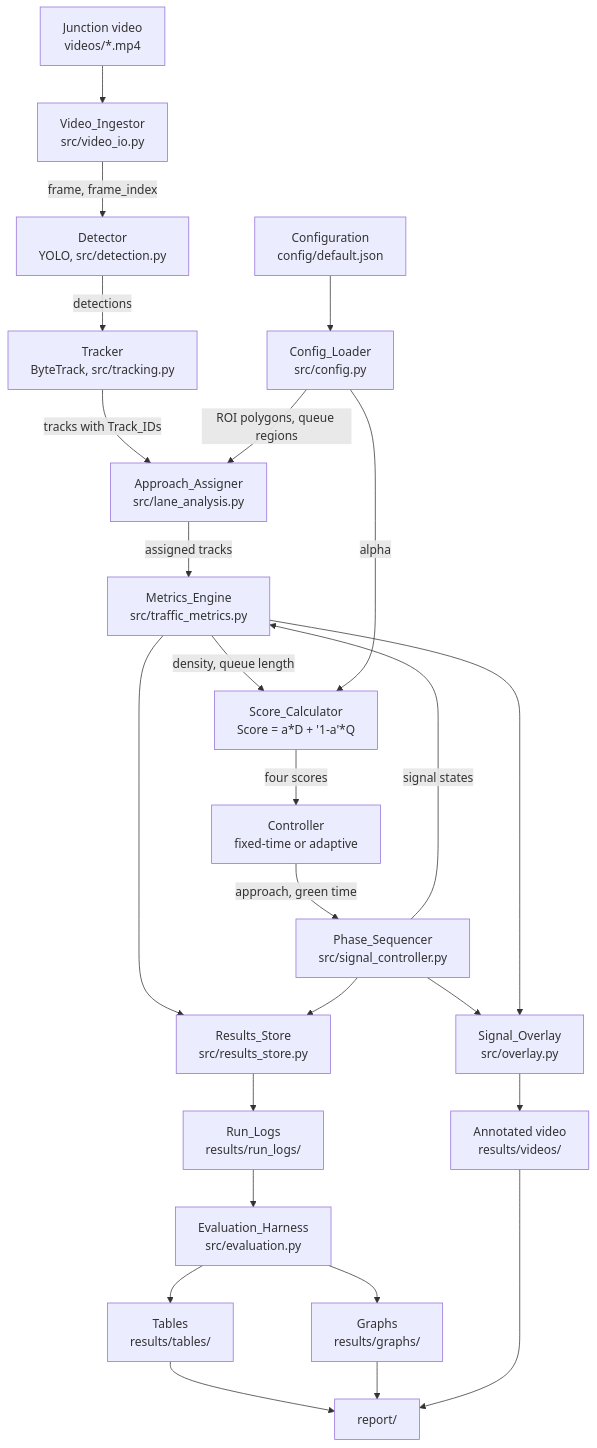
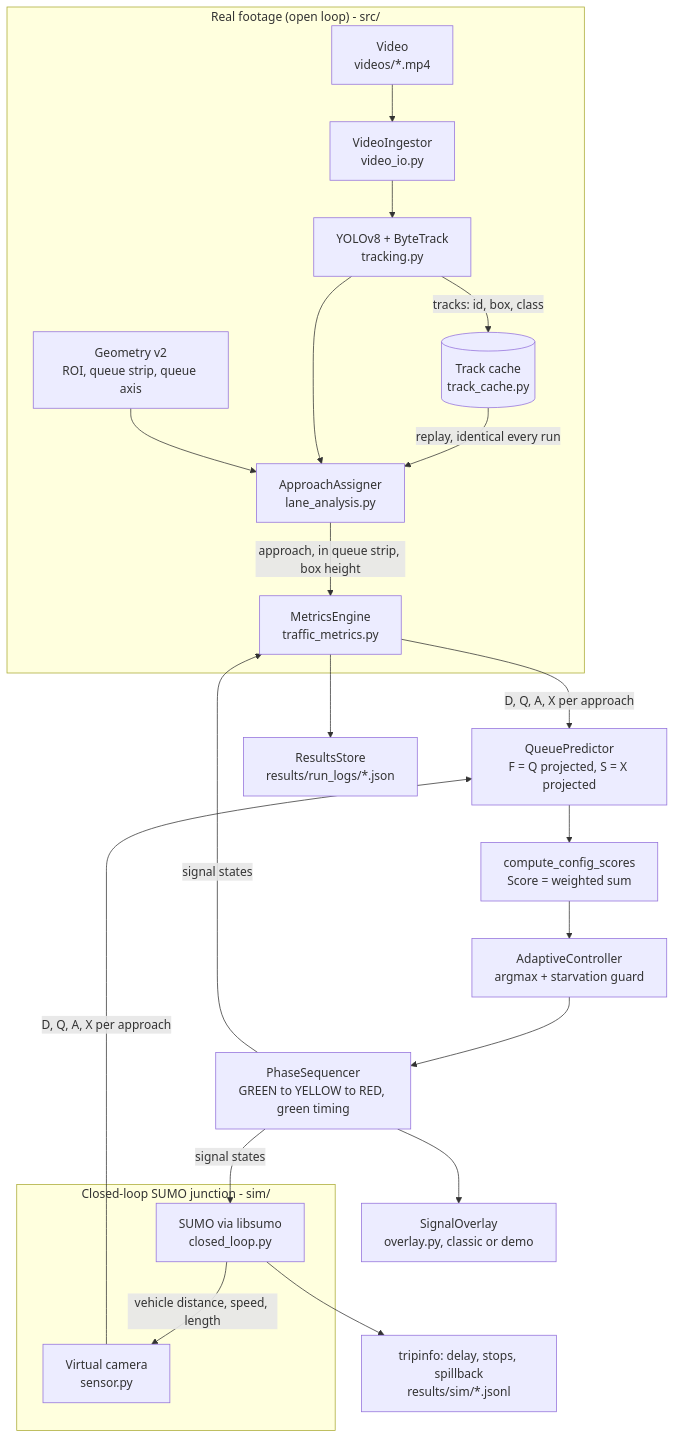
The diagram in docs/architecture.md (hemangbhat/CV_Project), drawn with Mermaid before and after one commit. The commit also changed other lines of this file and 19 other files, not shown here.

First line of the commit message:
Final closed-loop results, figures, decision analysis and documentation

````diff
--- a/docs/architecture.md
+++ b/docs/architecture.md
@@ -5,27 +9,27 @@
 ```mermaid
 flowchart TD
-    A[Junction video<br/>videos/*.mp4] --> B[Video_Ingestor<br/>src/video_io.py]
-    C[Configuration<br/>config/default.json] --> D[Config_Loader<br/>src/config.py]
-    B -->|frame, frame_index| E[Detector<br/>YOLO, src/detection.py]
-    E -->|detections| F[Tracker<br/>ByteTrack, src/tracking.py]
-    F -->|tracks with Track_IDs| G[Approach_Assigner<br/>src/lane_analysis.py]
-    D -->|ROI polygons, queue regions| G
-    G -->|assigned tracks| H[Metrics_Engine<br/>src/traffic_metrics.py]
-    H -->|density, queue length| I[Score_Calculator<br/>Score = a*D + '1-a'*Q]
-    D -->|alpha| I
-    I -->|four scores| J[Controller<br/>fixed-time or adaptive]
-    J -->|approach, green time| K[Phase_Sequencer<br/>src/signal_controller.py]
-    K -->|signal states| H
-    K --> L[Signal_Overlay<br/>src/overlay.py]
-    H --> L
-    L --> M[Annotated video<br/>results/videos/]
-    H --> N[Results_Store<br/>src/results_store.py]
-    K --> N
-    N --> O[Run_Logs<br/>results/run_logs/]
-    O --> P[Evaluation_Harness<br/>src/evaluation.py]
-    P --> Q[Tables<br/>results/tables/]
-    P --> R[Graphs<br/>results/graphs/]
-    Q --> S[report/]
-    R --> S
-    M --> S
+    subgraph VISION["Real footage (open loop) - src/"]
+        V[Video<br/>videos/*.mp4] --> I[VideoIngestor<br/>video_io.py]
+        I --> T[YOLOv8 + ByteTrack<br/>tracking.py]
+        T -->|tracks: id, box, class| C[(Track cache<br/>track_cache.py)]
+        C -->|replay, identical every run| AS[ApproachAssigner<br/>lane_analysis.py]
+        T --> AS
+        G[Geometry v2<br/>ROI, queue strip, queue axis] --> AS
+        AS -->|approach, in queue strip, box height| ME[MetricsEngine<br/>traffic_metrics.py]
+    end
+
+    subgraph SIM["Closed-loop SUMO junction - sim/"]
+        SU[SUMO via libsumo<br/>closed_loop.py] -->|vehicle distance, speed, length| VC[Virtual camera<br/>sensor.py]
+    end
+
+    ME -->|D, Q, A, X per approach| QP[QueuePredictor<br/>F = Q projected, S = X projected]
+    VC -->|D, Q, A, X per approach| QP
+    QP --> SC[compute_config_scores<br/>Score = weighted sum]
+    SC --> AC[AdaptiveController<br/>argmax + starvation guard]
+    AC --> PS[PhaseSequencer<br/>GREEN to YELLOW to RED, green timing]
+    PS -->|signal states| ME
+    PS -->|signal states| SU
+    PS --> OV[SignalOverlay<br/>overlay.py, classic or demo]
+    ME --> RS[ResultsStore<br/>results/run_logs/*.json]
+    SU --> TR[tripinfo: delay, stops, spillback<br/>results/sim/*.jsonl]
 ```
````
